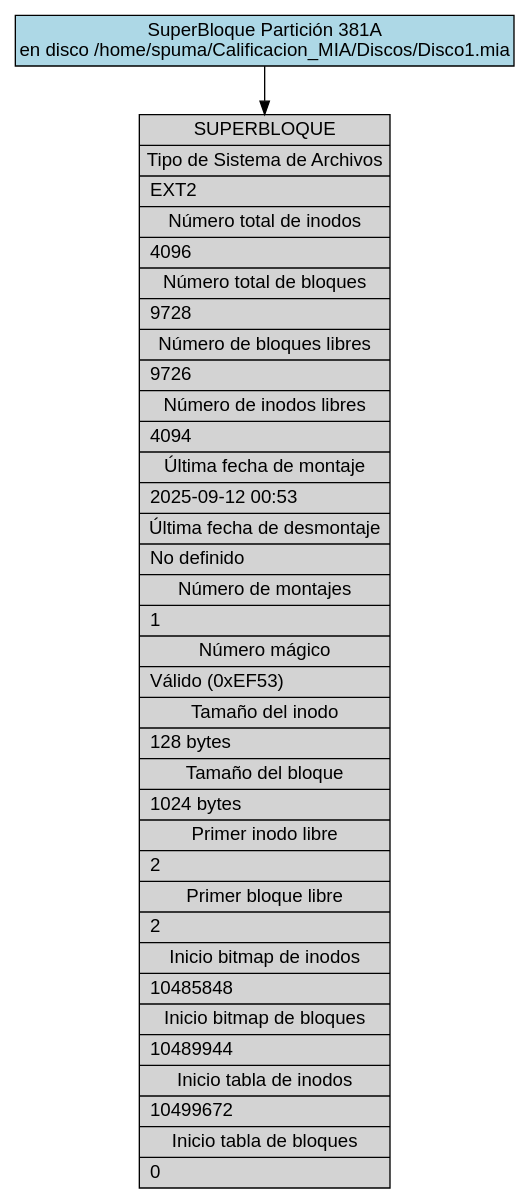
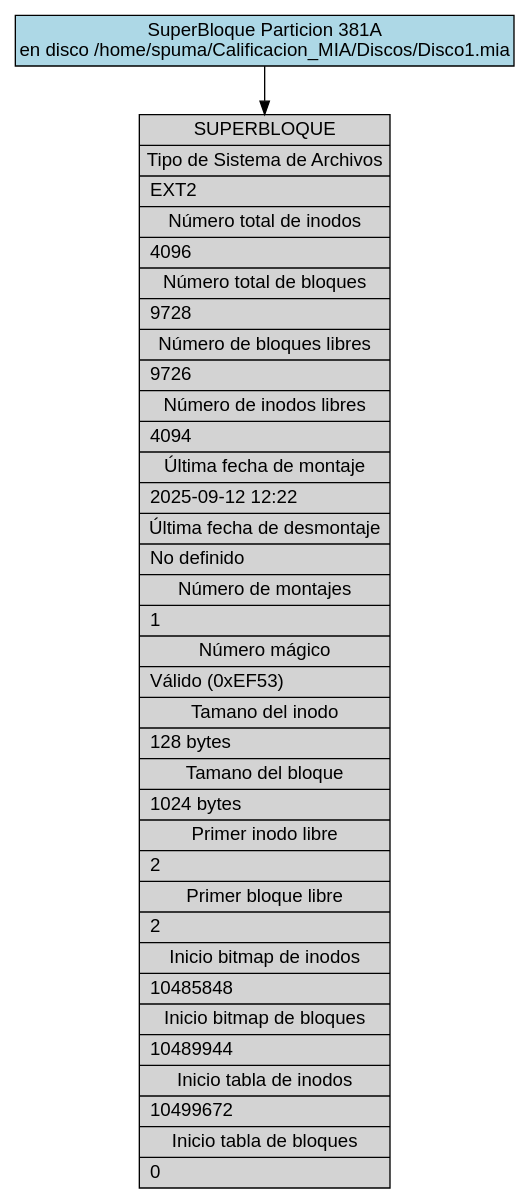
One commit to DiegVas/MIA_2S2025_P1_202300638 changed the diagram in backend/provider/reports/src/sb_381A.dot. Above: the diagram before and after it, drawn with Graphviz. The commit also changed 6 other files, not shown here.

```diff
--- a/backend/provider/reports/src/sb_381A.dot
+++ b/backend/provider/reports/src/sb_381A.dot
@@ -1,13 +1,13 @@
 digraph Superblock_Report {
     rankdir=TB;
     node [shape=record, fontname="Arial"];
     edge [fontname="Arial"];
     graph [fontname="Arial"];
 
-    title [label="SuperBloque Partición 381A\nen disco /home/spuma/Calificacion_MIA/Discos/Disco1.mia", shape=box, style=filled, fillcolor=lightblue];
+    title [label="SuperBloque Particion 381A\nen disco /home/spuma/Calificacion_MIA/Discos/Disco1.mia", shape=box, style=filled, fillcolor=lightblue];
 
-    superblock [label="{SUPERBLOQUE|Tipo de Sistema de Archivos|EXT2\l|Número total de inodos|4096\l|Número total de bloques|9728\l|Número de bloques libres|9726\l|Número de inodos libres|4094\l|Última fecha de montaje|2025-09-12 00:53\l|Última fecha de desmontaje|No definido\l|Número de montajes|1\l|Número mágico|Válido (0xEF53)\l|Tamaño del inodo|128 bytes\l|Tamaño del bloque|1024 bytes\l|Primer inodo libre|2\l|Primer bloque libre|2\l|Inicio bitmap de inodos|10485848\l|Inicio bitmap de bloques|10489944\l|Inicio tabla de inodos|10499672\l|Inicio tabla de bloques|0\l}", style=filled, fillcolor=lightgray];
+    superblock [label="{SUPERBLOQUE|Tipo de Sistema de Archivos|EXT2\l|Número total de inodos|4096\l|Número total de bloques|9728\l|Número de bloques libres|9726\l|Número de inodos libres|4094\l|Última fecha de montaje|2025-09-12 12:22\l|Última fecha de desmontaje|No definido\l|Número de montajes|1\l|Número mágico|Válido (0xEF53)\l|Tamano del inodo|128 bytes\l|Tamano del bloque|1024 bytes\l|Primer inodo libre|2\l|Primer bloque libre|2\l|Inicio bitmap de inodos|10485848\l|Inicio bitmap de bloques|10489944\l|Inicio tabla de inodos|10499672\l|Inicio tabla de bloques|0\l}", style=filled, fillcolor=lightgray];
 
     title -> superblock;
 
 }
```
